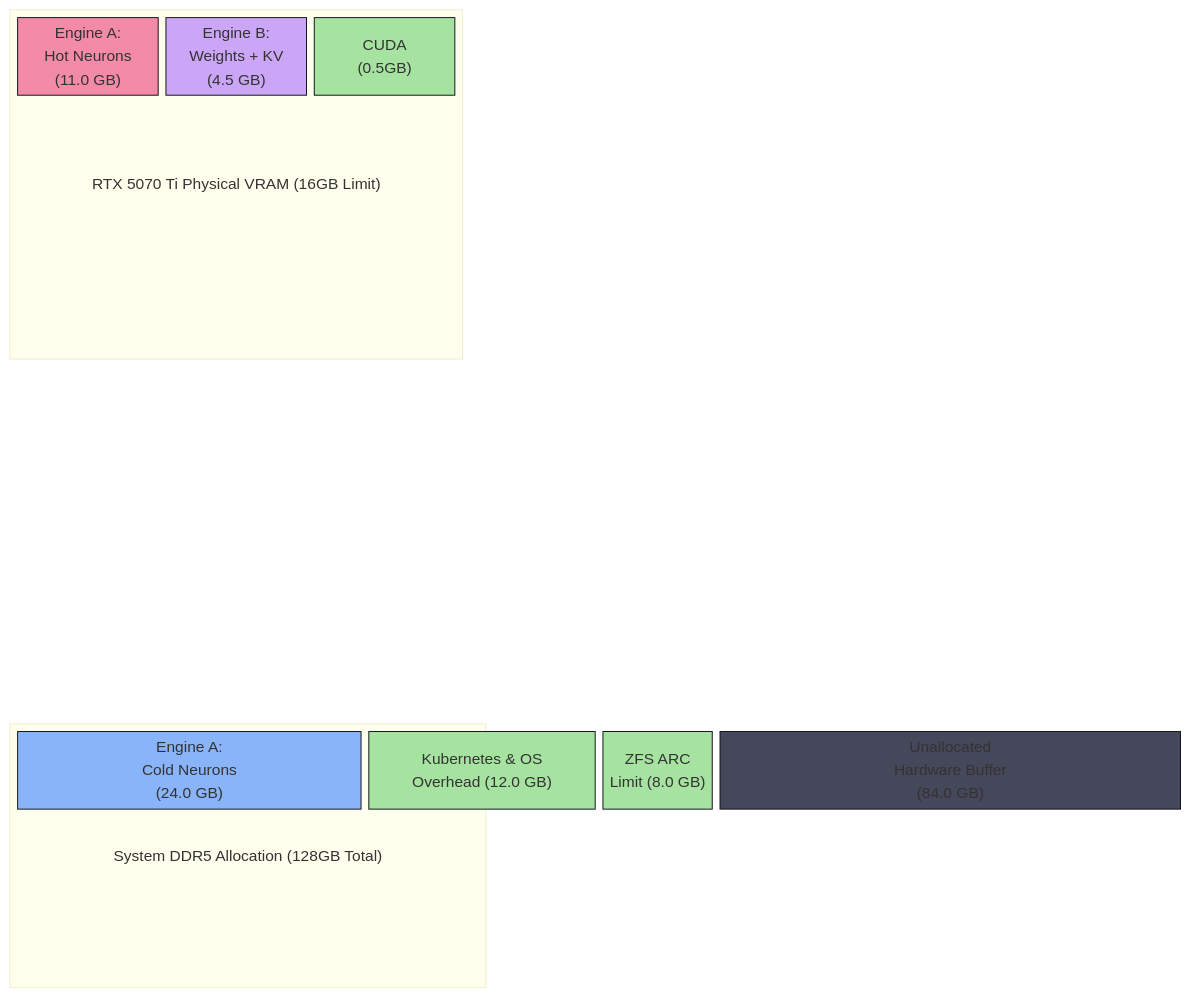
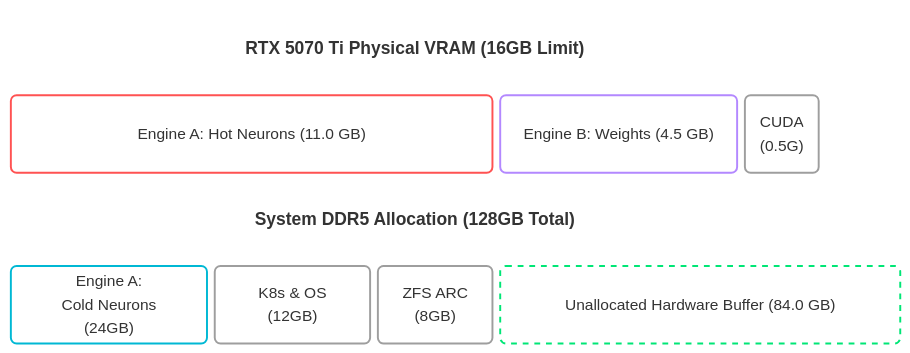
One commit to foersben/janus-synapse-edge changed the diagram in docs/05. Core AI Inference Deployment (The Dual-Engine).md. Above: the diagram before and after it, drawn with Mermaid. The commit also changed 11 other files, not shown here.

Commit message:
fixed diagrams

````diff
--- a/docs/05. Core AI Inference Deployment (The Dual-Engine).md
+++ b/docs/05. Core AI Inference Deployment (The Dual-Engine).md
@@ -50,36 +50,35 @@
 ```mermaid
 block-beta
-  columns 1
+  columns 20
   %% Hardware Equilibrium Model
 
-  block:VRAM["RTX 5070 Ti Physical VRAM (16GB Limit)"]
-    columns 10
-    A_HOT["Engine A:<br/>Hot Neurons<br/>(11.0 GB)"]:6
-    B_ALL["Engine B:<br/>Weights + KV<br/>(4.5 GB)"]:3
-    OVER["CUDA<br/>(0.5GB)"]:1
-  end
+  VRAM_TITLE["RTX 5070 Ti Physical VRAM (16GB Limit)"]:20
 
-  space:1
+  A_HOT["Engine A: Hot Neurons (11.0 GB)"]:12
+  B_ALL["Engine B: Weights (4.5 GB)"]:6
+  OVER["CUDA<br/>(0.5G)"]:2
 
-  block:RAM["System DDR5 Allocation (128GB Total)"]
-    columns 10
-    A_COLD["Engine A:<br/>Cold Neurons<br/>(24.0 GB)"]:3
-    K8S["Kubernetes & OS<br/>Overhead (12.0 GB)"]:2
-    ZFS["ZFS ARC<br/>Limit (8.0 GB)"]:1
-    FREE["Unallocated<br/>Hardware Buffer<br/>(84.0 GB)"]:4
-  end
+  RAM_TITLE["System DDR5 Allocation (128GB Total)"]:20
 
-  classDef hot fill:#f38ba8,stroke:#11111b,color:#11111b
-  classDef exec fill:#cba6f7,stroke:#11111b,color:#11111b
-  classDef sys fill:#a6e3a1,stroke:#11111b,color:#11111b
-  classDef cold fill:#89b4fa,stroke:#11111b,color:#11111b
-  classDef free fill:#45475a,stroke:#11111b,color:#cdd6f4
+  A_COLD["Engine A:<br/>Cold Neurons<br/>(24GB)"]:5
+  K8S["K8s & OS<br/>(12GB)"]:4
+  ZFS["ZFS ARC<br/>(8GB)"]:3
+  FREE["Unallocated Hardware Buffer (84.0 GB)"]:10
+
+  %% Theme-agnostic styling (Perfect for Dark Mode)
+  classDef hot fill:transparent,stroke:#ff5252,stroke-width:2px,rx:6px,ry:6px;
+  classDef exec fill:transparent,stroke:#b388ff,stroke-width:2px,rx:6px,ry:6px;
+  classDef sys fill:transparent,stroke:#9e9e9e,stroke-width:2px,rx:6px,ry:6px;
+  classDef cold fill:transparent,stroke:#00b8d4,stroke-width:2px,rx:6px,ry:6px;
+  classDef free fill:transparent,stroke:#00e676,stroke-width:2px,stroke-dasharray: 6 6,rx:6px,ry:6px;
+  classDef title fill:none,stroke:none,font-weight:bold,font-size:18px;
 
   class A_HOT hot
   class B_ALL exec
   class OVER sys
   class A_COLD cold
   class K8S sys
   class ZFS sys
   class FREE free
+  class VRAM_TITLE,RAM_TITLE title
 ```
````
